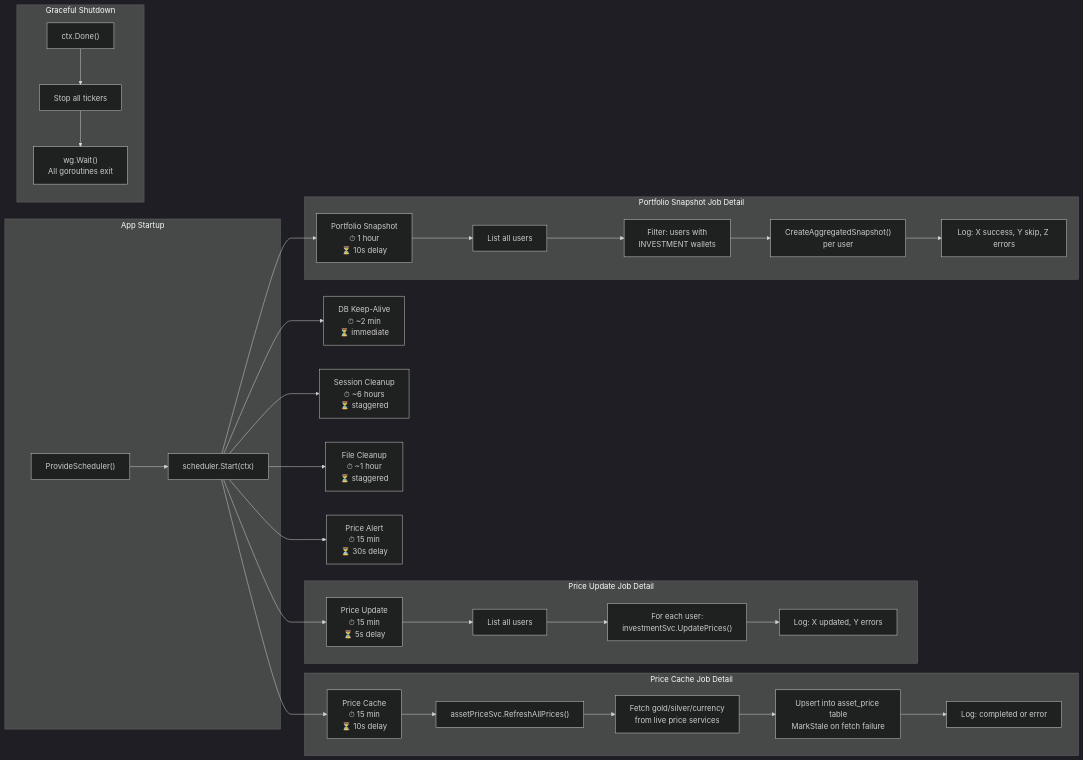
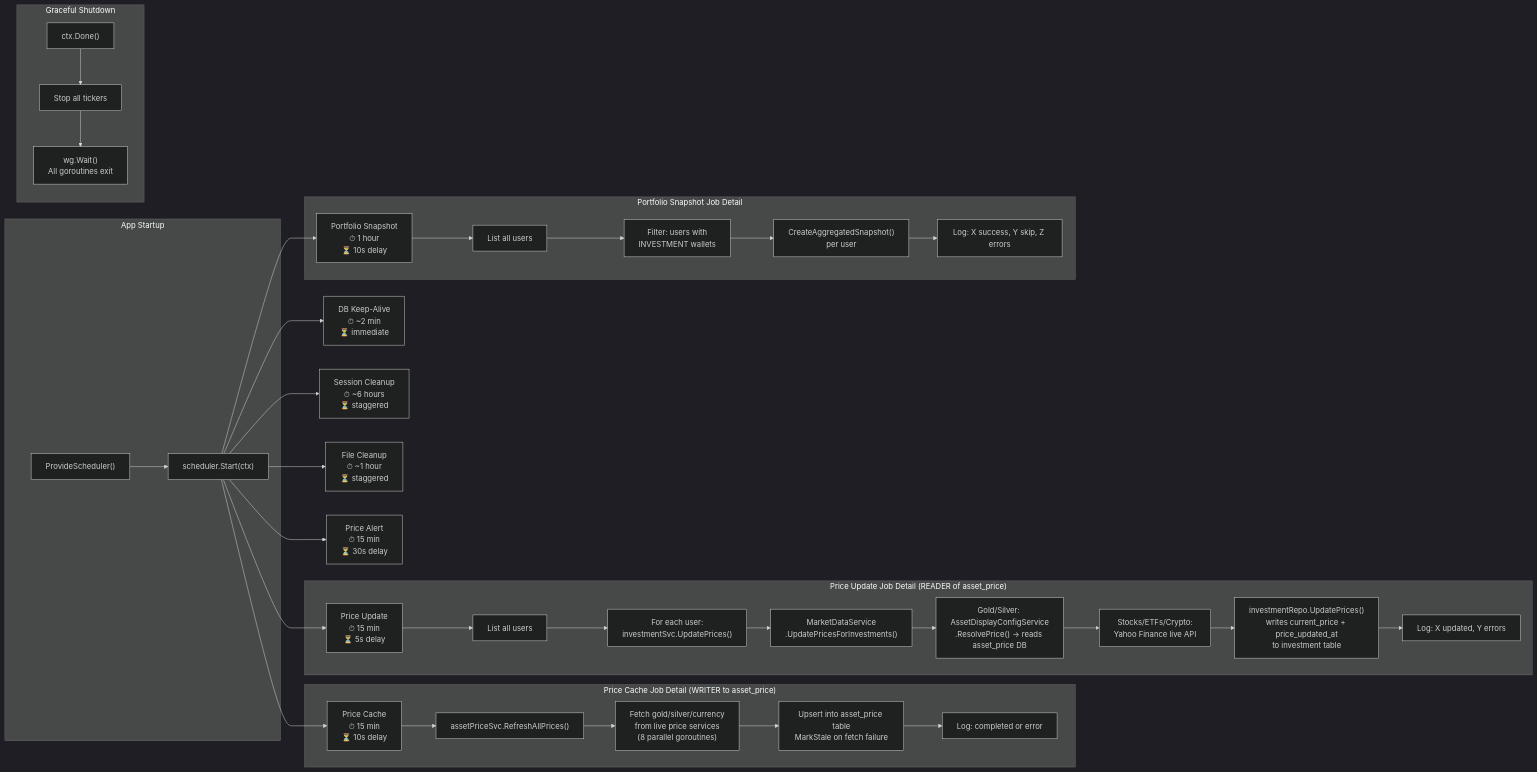
Before and after one commit to khanhnq1406/wealth-journey: the third of 19 diagrams in docs/architecture/flow-cross-cutting.md, drawn with Mermaid (dark theme). The commit also changed other lines of this file and 1 other file, not shown here.

First line of the commit message:
feat(asset-price): implement task 20 — update runtime flow diagrams

````diff
--- a/docs/architecture/flow-cross-cutting.md
+++ b/docs/architecture/flow-cross-cutting.md
@@ -154,40 +154,44 @@
 ```mermaid
 flowchart LR
     subgraph Startup["App Startup"]
         S["ProvideScheduler()"]
         S --> Start["scheduler.Start(ctx)"]
     end
 
     Start --> KA["DB Keep-Alive\n⏱ ~2 min\n⏳ immediate"]
     Start --> PU["Price Update\n⏱ 15 min\n⏳ 5s delay"]
     Start --> PC["Price Cache\n⏱ 15 min\n⏳ 10s delay"]
     Start --> PS["Portfolio Snapshot\n⏱ 1 hour\n⏳ 10s delay"]
     Start --> SC["Session Cleanup\n⏱ ~6 hours\n⏳ staggered"]
     Start --> FC["File Cleanup\n⏱ ~1 hour\n⏳ staggered"]
     Start --> PA["Price Alert\n⏱ 15 min\n⏳ 30s delay"]
 
-    subgraph PriceUpdate["Price Update Job Detail"]
+    subgraph PriceCache["Price Cache Job Detail (WRITER to asset_price)"]
+        PC --> PC1["assetPriceSvc.RefreshAllPrices()"]
+        PC1 --> PC2["Fetch gold/silver/currency\nfrom live price services\n(8 parallel goroutines)"]
+        PC2 --> PC3["Upsert into asset_price table\nMarkStale on fetch failure"]
+        PC3 --> PC4["Log: completed or error"]
+    end
+
+    subgraph PriceUpdate["Price Update Job Detail (READER of asset_price)"]
         PU --> PU1["List all users"]
         PU1 --> PU2["For each user:\ninvestmentSvc.UpdatePrices()"]
-        PU2 --> PU3["Log: X updated, Y errors"]
-    end
-
-    subgraph PriceCache["Price Cache Job Detail"]
-        PC --> PC1["assetPriceSvc.RefreshAllPrices()"]
-        PC1 --> PC2["Fetch gold/silver/currency\nfrom live price services"]
-        PC2 --> PC3["Upsert into asset_price table\nMarkStale on fetch failure"]
-        PC3 --> PC4["Log: completed or error"]
+        PU2 --> PU2a["MarketDataService\n.UpdatePricesForInvestments()"]
+        PU2a --> PU2b["Gold/Silver: AssetDisplayConfigService\n.ResolvePrice() → reads asset_price DB"]
+        PU2b --> PU2c["Stocks/ETFs/Crypto:\nYahoo Finance live API"]
+        PU2c --> PU3["investmentRepo.UpdatePrices()\nwrites current_price + price_updated_at\nto investment table"]
+        PU3 --> PU4["Log: X updated, Y errors"]
     end
 
     subgraph PortfolioSnapshot["Portfolio Snapshot Job Detail"]
         PS --> PS1["List all users"]
         PS1 --> PS2["Filter: users with\nINVESTMENT wallets"]
         PS2 --> PS3["CreateAggregatedSnapshot()\nper user"]
         PS3 --> PS4["Log: X success, Y skip, Z errors"]
     end
 
     subgraph Shutdown["Graceful Shutdown"]
         CTX["ctx.Done()"] --> STOP["Stop all tickers"]
         STOP --> WAIT["wg.Wait()\nAll goroutines exit"]
     end
 ```
````
